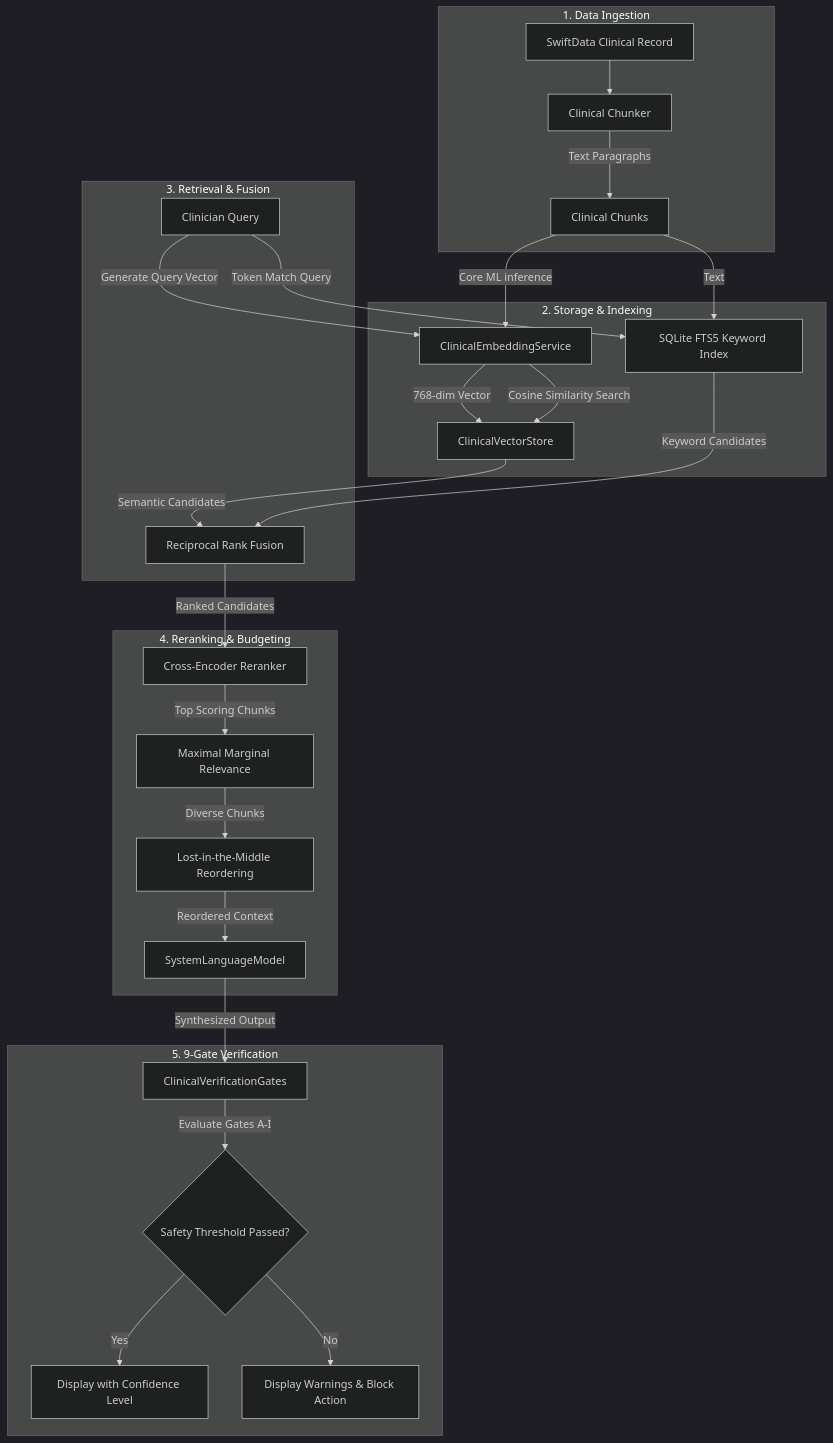
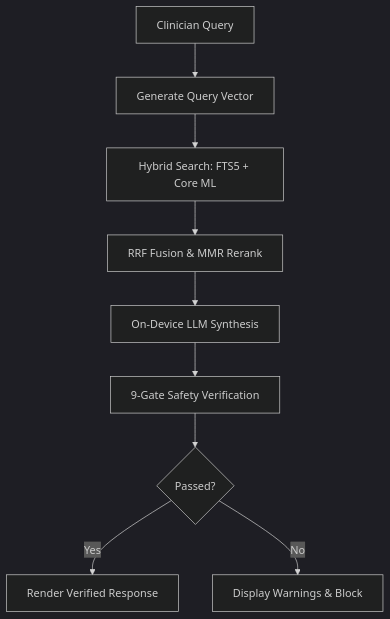
One commit to Gunnarguy/OpenClinic changed the third of 4 diagrams in README.md. Above: the diagram before and after it, drawn with Mermaid (dark theme). The commit also changed other lines of this file and 6 other files, not shown here.

````diff
--- a/README.md
+++ b/README.md
@@ -158,35 +97,11 @@
 ```mermaid
 flowchart TD
-    subgraph Ingestion ["1. Data Ingestion"]
-        Record[SwiftData Clinical Record] --> Chunker[Clinical Chunker]
-        Chunker -->|Text Paragraphs| Chunks[Clinical Chunks]
-    end
-
-    subgraph Indexing ["2. Storage & Indexing"]
-        Chunks -->|Text| FTS5[SQLite FTS5 Keyword Index]
-        Chunks -->|Core ML inference| Embedder[ClinicalEmbeddingService]
-        Embedder -->|768-dim Vector| VecDB[ClinicalVectorStore]
-    end
-
-    subgraph Retrieval ["3. Retrieval & Fusion"]
-        Query[Clinician Query] -->|Generate Query Vector| Embedder
-        Embedder -->|Cosine Similarity Search| VecDB
-        Query -->|Token Match Query| FTS5
-        VecDB -->|Semantic Candidates| RRF[Reciprocal Rank Fusion]
-        FTS5 -->|Keyword Candidates| RRF
-    end
-
-    subgraph Processing ["4. Reranking & Budgeting"]
-        RRF -->|Ranked Candidates| Rerank[Cross-Encoder Reranker]
-        Rerank -->|Top Scoring Chunks| MMR[Maximal Marginal Relevance]
-        MMR -->|Diverse Chunks| Middle[Lost-in-the-Middle Reordering]
-        Middle -->|Reordered Context| LLM[SystemLanguageModel]
-    end
-
-    subgraph Verification ["5. 9-Gate Verification"]
-        LLM -->|Synthesized Output| GateEval[ClinicalVerificationGates]
-        GateEval -->|Evaluate Gates A-I| Check{Safety Threshold Passed?}
-        Check -->|Yes| Output[Display with Confidence Level]
-        Check -->|No| Warn[Display Warnings & Block Action]
-    end
+    A[Clinician Query] --> B[Generate Query Vector]
+    B --> C[Hybrid Search: FTS5 + Core ML]
+    C --> D[RRF Fusion & MMR Rerank]
+    D --> E[On-Device LLM Synthesis]
+    E --> F[9-Gate Safety Verification]
+    F --> G{Passed?}
+    G -->|Yes| H[Render Verified Response]
+    G -->|No| I[Display Warnings & Block]
 ```
````
